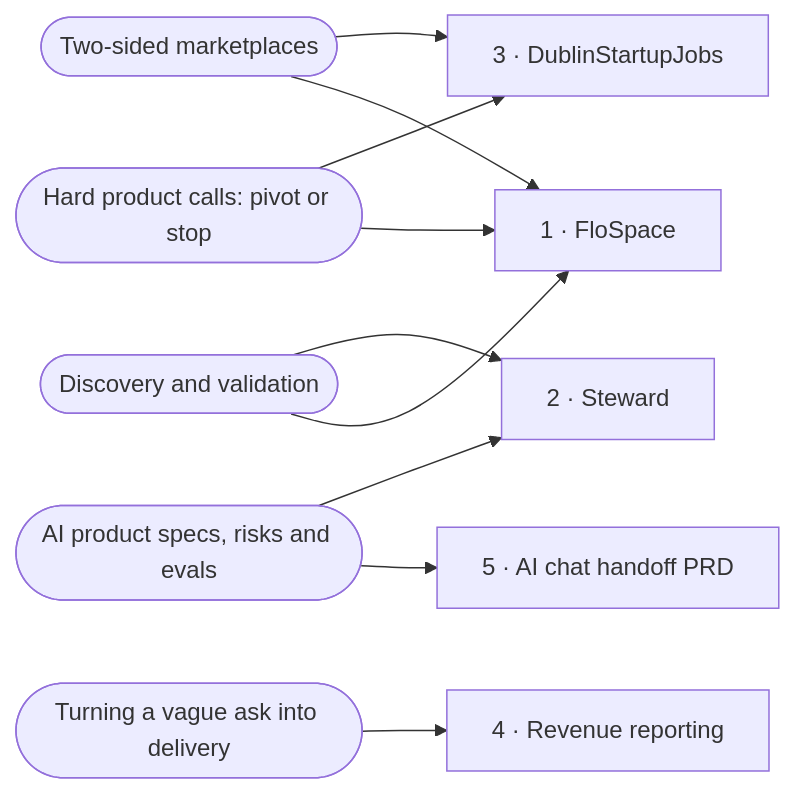
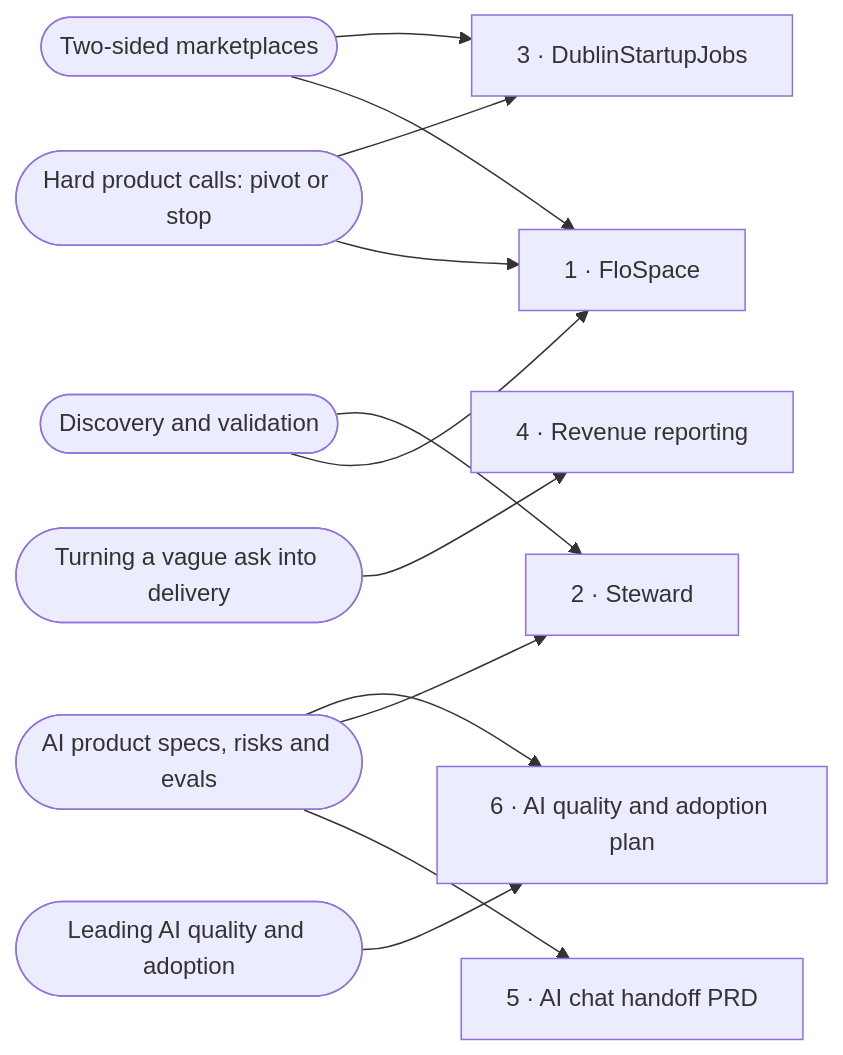
The diagram in README.md (bgildea/product-casebook), drawn with Mermaid before and after one commit. The commit also changed other lines of this file and 1 other file, not shown here.

Commit message:
Add case 6: AI quality and adoption plan (#6)
Claude-Session: https://claude.ai/code/session_01EAif4YzZTxVpvdSFhKbr7Z

````diff
--- a/README.md
+++ b/README.md
@@ -23,24 +24,28 @@
 ```mermaid
 flowchart LR
     S1([Discovery and validation])
     S2([Hard product calls: pivot or stop])
     S3([Two-sided marketplaces])
     S4([Turning a vague ask into delivery])
     S5([AI product specs, risks and evals])
+    S6([Leading AI quality and adoption])
 
     C1[1 · FloSpace]
     C2[2 · Steward]
     C3[3 · DublinStartupJobs]
     C4[4 · Revenue reporting]
     C5[5 · AI chat handoff PRD]
+    C6[6 · AI quality and adoption plan]
 
     S1 --> C1
     S1 --> C2
     S2 --> C1
     S2 --> C3
     S3 --> C1
     S3 --> C3
     S4 --> C4
     S5 --> C5
     S5 --> C2
+    S5 --> C6
+    S6 --> C6
 ```
````
